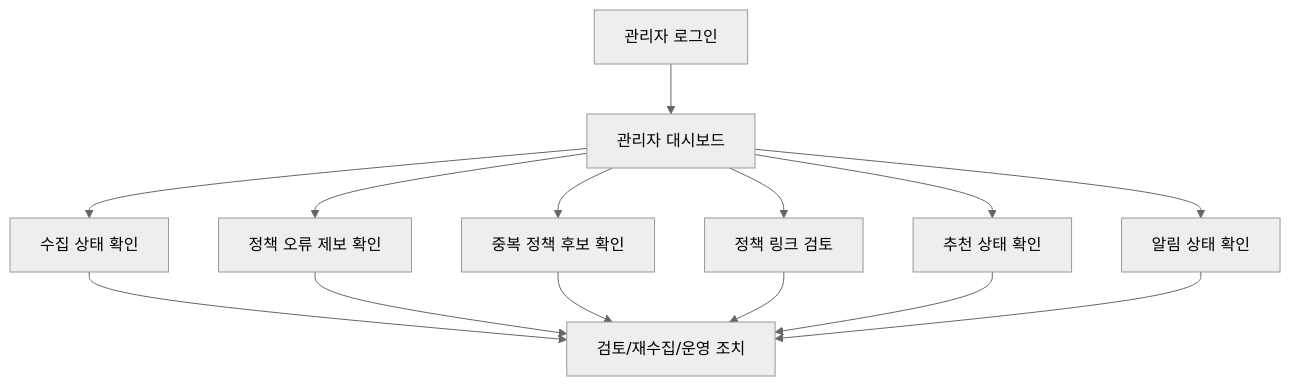
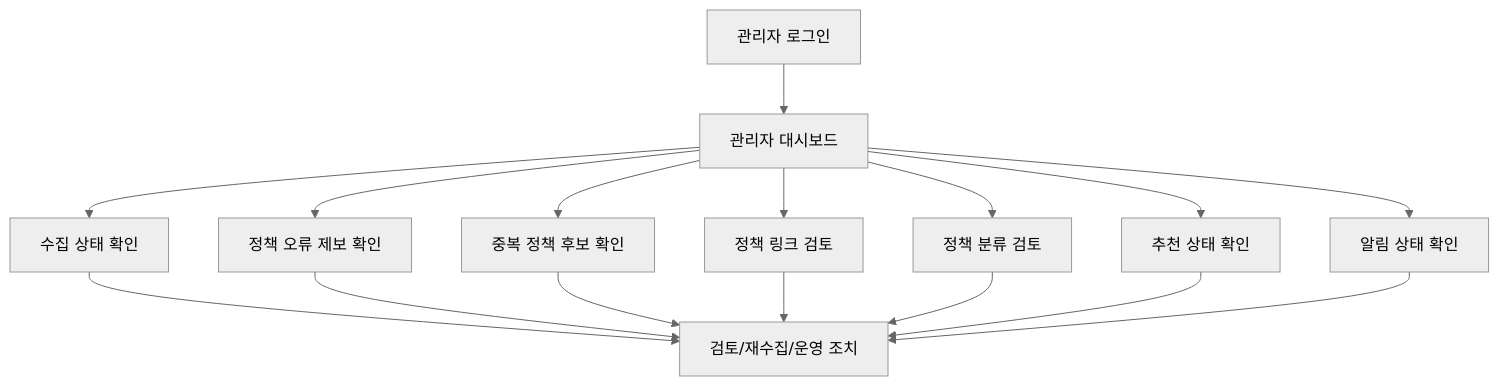
One commit to minseok02/youth-welfare changed the fourth of 4 diagrams in docs/final-report-figure-plan.md. Above: the diagram before and after it, drawn with Mermaid (neutral theme). The commit also changed other lines of this file and 3 other files, not shown here.

````diff
--- a/docs/final-report-figure-plan.md
+++ b/docs/final-report-figure-plan.md
@@ -132,16 +91,18 @@
 ```mermaid
 flowchart TB
     ADMIN[관리자 로그인] --> DASH[관리자 대시보드]
     DASH --> COLLECT[수집 상태 확인]
     DASH --> ERROR[정책 오류 제보 확인]
     DASH --> DUP[중복 정책 후보 확인]
     DASH --> LINK[정책 링크 검토]
+    DASH --> CATEGORY[정책 분류 검토]
     DASH --> RECO[추천 상태 확인]
     DASH --> NOTI[알림 상태 확인]
     COLLECT --> ACTION[검토/재수집/운영 조치]
     ERROR --> ACTION
     DUP --> ACTION
     LINK --> ACTION
+    CATEGORY --> ACTION
     RECO --> ACTION
     NOTI --> ACTION
 ```
````
